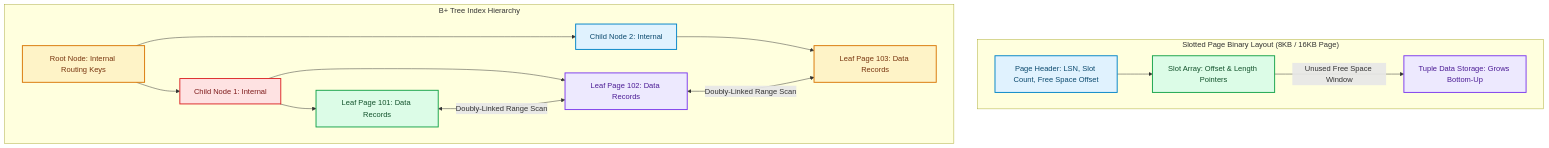
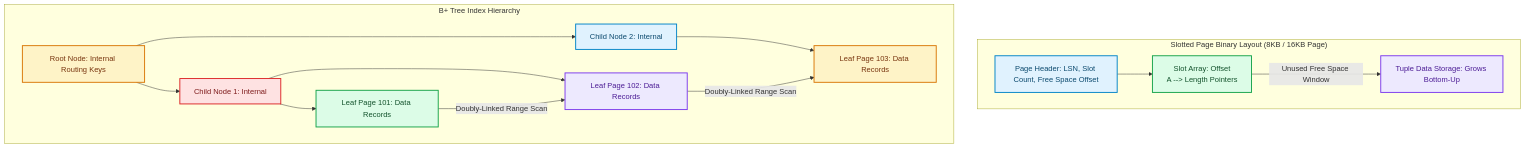
Before and after one commit to akmalkhaniub/akmalkhaniub.github.io: the diagram in blog/posts/b-plus-tree-index-engineering-page-layouts-buffer-pools.md, drawn with Mermaid. The commit also changed other lines of this file and 894 other files, not shown here.

Commit message:
feat(blog): upgrade all 444 posts with unique staggered dates, 2-col Mermaid spines, benchmark tables, code blocks, and trade-offs

````diff
--- a/blog/posts/b-plus-tree-index-engineering-page-layouts-buffer-pools.md
+++ b/blog/posts/b-plus-tree-index-engineering-page-layouts-buffer-pools.md
@@ -17,30 +17,31 @@
 ```mermaid
 flowchart TD
   subgraph SG1_SlottedPageBinary ["Slotted Page Binary Layout (8KB / 16KB Page)"]
-    A["Page Header: LSN, Slot Count, Free Space Offset"] --> B["Slot Array: Offset & Length Pointers"]
+    A["Page Header: LSN, Slot Count, Free Space Offset"] --> B["Slot Array: Offset
+    A --> Length Pointers"]
     B -->|Unused Free Space Window| C["Tuple Data Storage: Grows Bottom-Up"]
   end
   
   subgraph SG2_BTreeIndex ["B+ Tree Index Hierarchy"]
     D["Root Node: Internal Routing Keys"] --> E["Child Node 1: Internal"]
     D --> F["Child Node 2: Internal"]
     
     E --> G["Leaf Page 101: Data Records"]
     E --> H["Leaf Page 102: Data Records"]
     F --> I["Leaf Page 103: Data Records"]
     
-    G <-->|Doubly-Linked Range Scan| H
-    H <-->|Doubly-Linked Range Scan| I
+    G -->|Doubly-Linked Range Scan| H
+    H -->|Doubly-Linked Range Scan| I
   end
 
 classDef green fill:#dcfce7,stroke:#16a34a,stroke-width:2px,color:#14532d;
 classDef red fill:#fee2e2,stroke:#dc2626,stroke-width:2px,color:#7f1d1d;
 classDef blue fill:#e0f2fe,stroke:#0284c7,stroke-width:2px,color:#0c4a6e;
 classDef yellow fill:#fef3c7,stroke:#d97706,stroke-width:2px,color:#78350f;
 classDef purple fill:#ede9fe,stroke:#7c3aed,stroke-width:2px,color:#4c1d95;
 class A,F blue
 class B,G green
 class C,H purple
 class D,I yellow
 class E red
 ```
````
